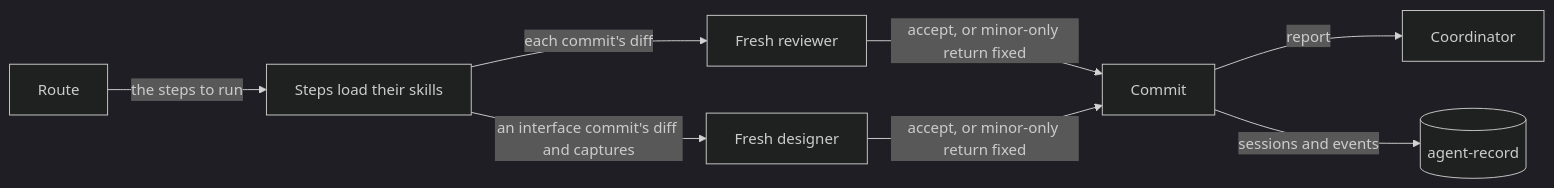
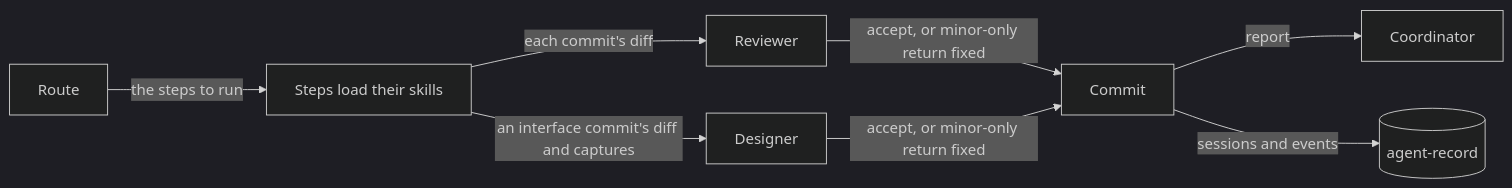
One commit to cniska/agent-skills changed the first of 3 diagrams in docs/loops.md. Above: the diagram before and after it, drawn with Mermaid (dark theme). The commit also changed other lines of this file and 22 other files, not shown here.

````diff
--- a/docs/loops.md
+++ b/docs/loops.md
@@ -9,10 +9,10 @@
 ```mermaid
 flowchart LR
   route["Route"] -- "the steps to run" --> steps["Steps load their skills"]
-  steps -- "each commit's diff" --> rev["Fresh reviewer"]
+  steps -- "each commit's diff" --> rev["Reviewer"]
   rev -- "accept, or minor-only return fixed" --> commit["Commit"]
-  steps -- "an interface commit's diff and captures" --> des["Fresh designer"]
+  steps -- "an interface commit's diff and captures" --> des["Designer"]
   des -- "accept, or minor-only return fixed" --> commit
   commit -- "report" --> lead["Coordinator"]
   commit -- "sessions and events" --> rec[("agent-record")]
 ```
````
